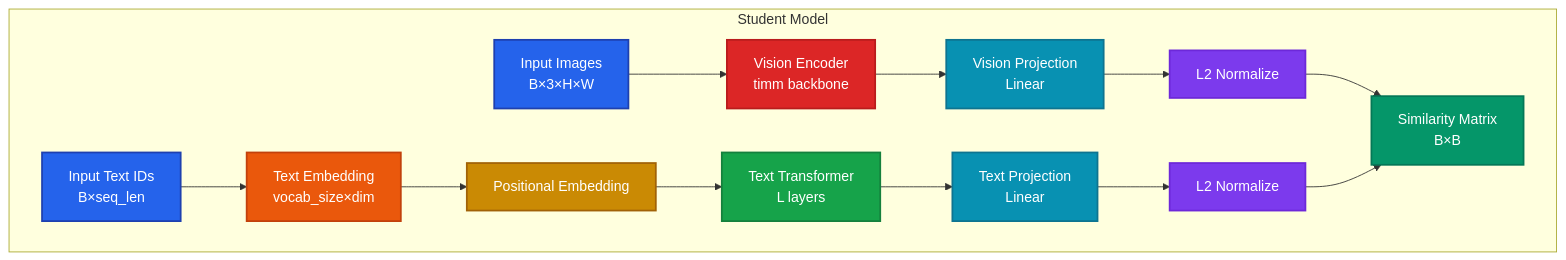
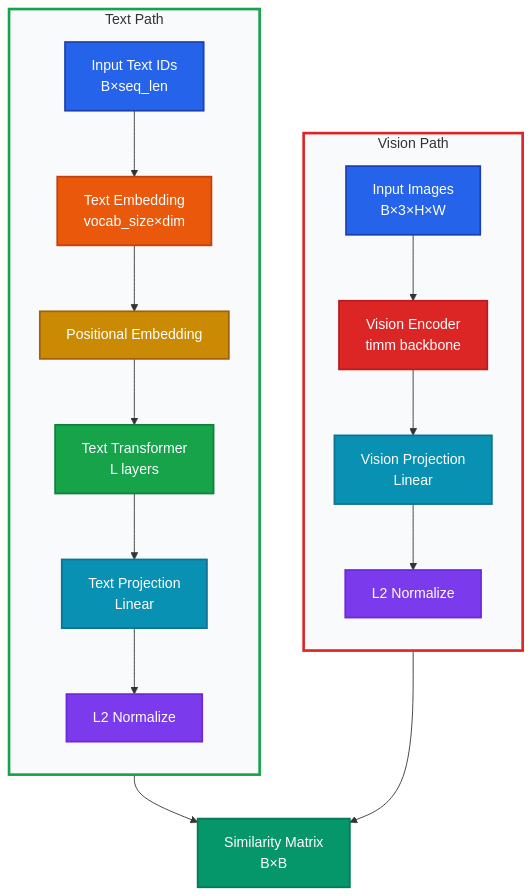
Before and after one commit to duoan/TinySigLIP: the first of 2 diagrams in README.md, drawn with Mermaid. The commit also changed other lines of this file, not shown here.

Commit message:
Enhance README with improved model architecture diagrams and visual styles for clarity. Update subgraph labels and styles for both student and teacher models to better represent the distillation process.

````diff
--- a/README.md
+++ b/README.md
@@ -13,27 +18,35 @@
 ```mermaid
 graph TB
-    subgraph "Student Model"
+    subgraph Vision["Vision Path"]
+        direction TB
         I[Input Images<br/>B×3×H×W] --> VE[Vision Encoder<br/>timm backbone]
+        VE --> VP[Vision Projection<br/>Linear]
+        VP --> NF1[L2 Normalize]
+    end
+
+    subgraph Text["Text Path"]
+        direction TB
         T[Input Text IDs<br/>B×seq_len] --> TE[Text Embedding<br/>vocab_size×dim]
         TE --> TP[Positional Embedding]
         TP --> TT[Text Transformer<br/>L layers]
-        VE --> VP[Vision Projection<br/>Linear]
         TT --> TP2[Text Projection<br/>Linear]
-        VP --> NF1[L2 Normalize]
         TP2 --> NF2[L2 Normalize]
-        NF1 --> SIM[Similarity Matrix<br/>B×B]
-        NF2 --> SIM
     end
 
+    NF1 --> SIM[Similarity Matrix<br/>B×B]
+    NF2 --> SIM
+
+    style Vision fill:#f8fafc,stroke:#dc2626,stroke-width:3px
+    style Text fill:#f8fafc,stroke:#16a34a,stroke-width:3px
     style I fill:#2563eb,stroke:#1e40af,stroke-width:2px,color:#fff
     style T fill:#2563eb,stroke:#1e40af,stroke-width:2px,color:#fff
     style VE fill:#dc2626,stroke:#b91c1c,stroke-width:2px,color:#fff
     style TE fill:#ea580c,stroke:#c2410c,stroke-width:2px,color:#fff
     style TP fill:#ca8a04,stroke:#a16207,stroke-width:2px,color:#fff
     style TT fill:#16a34a,stroke:#15803d,stroke-width:2px,color:#fff
     style VP fill:#0891b2,stroke:#0e7490,stroke-width:2px,color:#fff
     style TP2 fill:#0891b2,stroke:#0e7490,stroke-width:2px,color:#fff
     style NF1 fill:#7c3aed,stroke:#6d28d9,stroke-width:2px,color:#fff
     style NF2 fill:#7c3aed,stroke:#6d28d9,stroke-width:2px,color:#fff
     style SIM fill:#059669,stroke:#047857,stroke-width:2px,color:#fff
 ```
````
